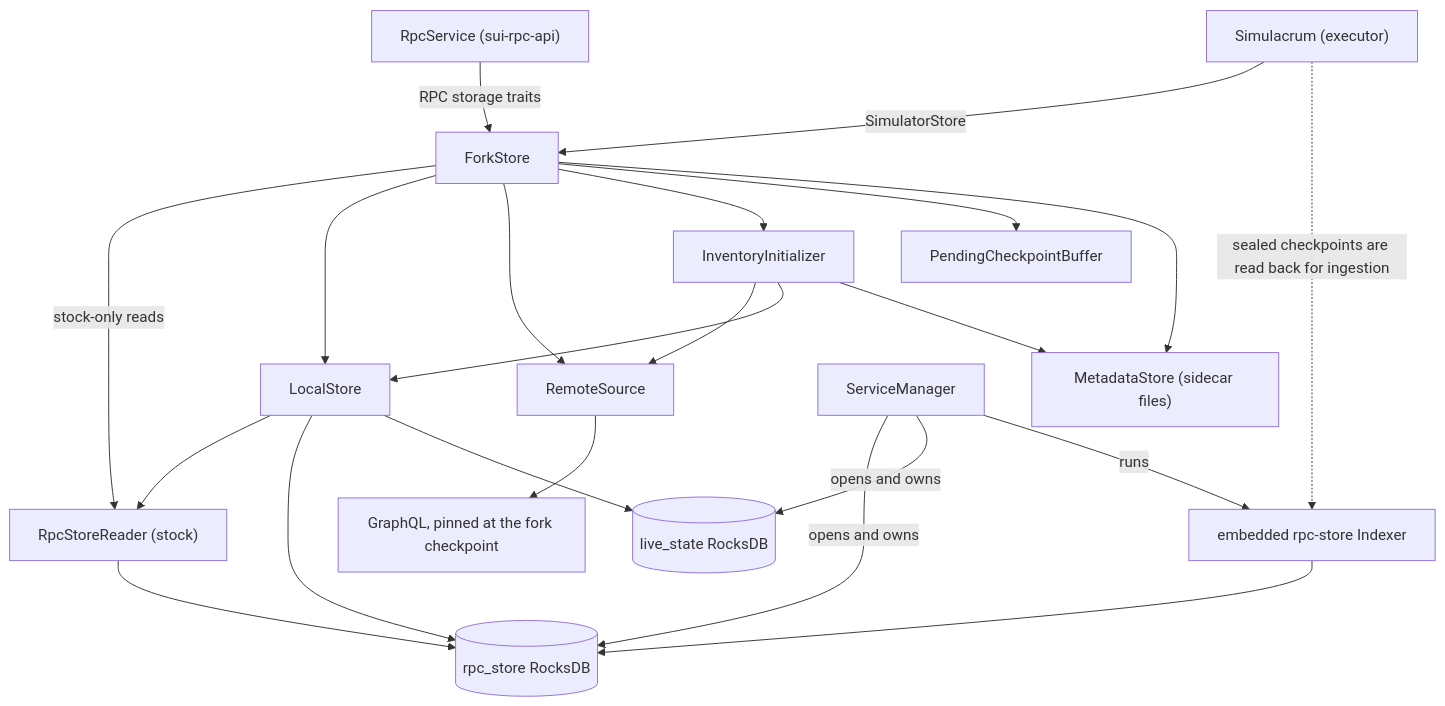
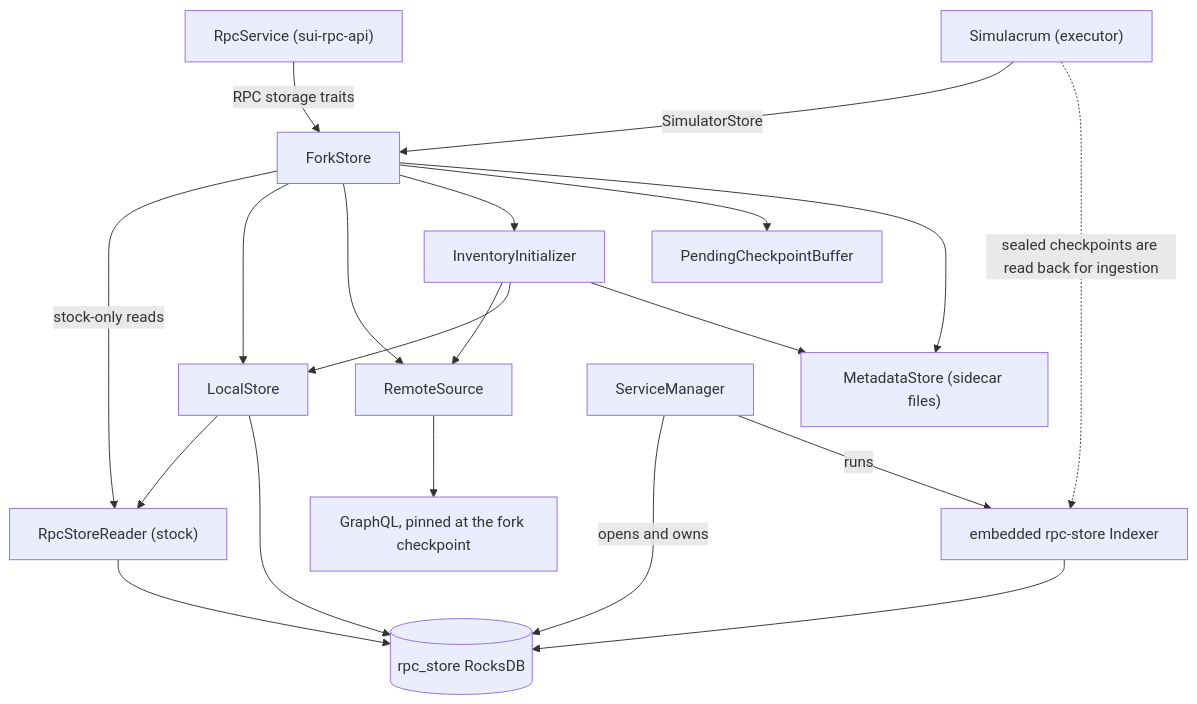
One commit to MystenLabs/sui changed the first of 6 diagrams in crates/sui-fork/design/storage_diagrams.md. Above: the diagram before and after it, drawn with Mermaid. The commit also changed other lines of this file and 9 other files, not shown here.

````diff
--- a/crates/sui-fork/design/storage_diagrams.md
+++ b/crates/sui-fork/design/storage_diagrams.md
@@ -21,24 +21,22 @@
 ```mermaid
 flowchart TD
     rpcsvc["RpcService (sui-rpc-api)"] -->|RPC storage traits| fs[ForkStore]
     sim["Simulacrum (executor)"] -->|SimulatorStore| fs
     fs -->|stock-only reads| stock["RpcStoreReader (stock)"]
     fs --> ls[LocalStore]
     fs --> rs[RemoteSource]
     fs --> inv[InventoryInitializer]
     fs --> pending[PendingCheckpointBuffer]
     fs --> meta
     inv --> rs
     inv --> ls
     inv --> meta["MetadataStore (sidecar files)"]
     ls --> stock
     ls --> db[("rpc_store RocksDB")]
-    ls --> lsdb[("live_state RocksDB")]
     stock --> db
     rs --> gql["GraphQL, pinned at the fork checkpoint"]
     svc[ServiceManager] -->|opens and owns| db
-    svc -->|opens and owns| lsdb
     svc -->|runs| idx["embedded rpc-store Indexer"]
     idx --> db
     sim -.->|sealed checkpoints are read back for ingestion| idx
 ```
````
